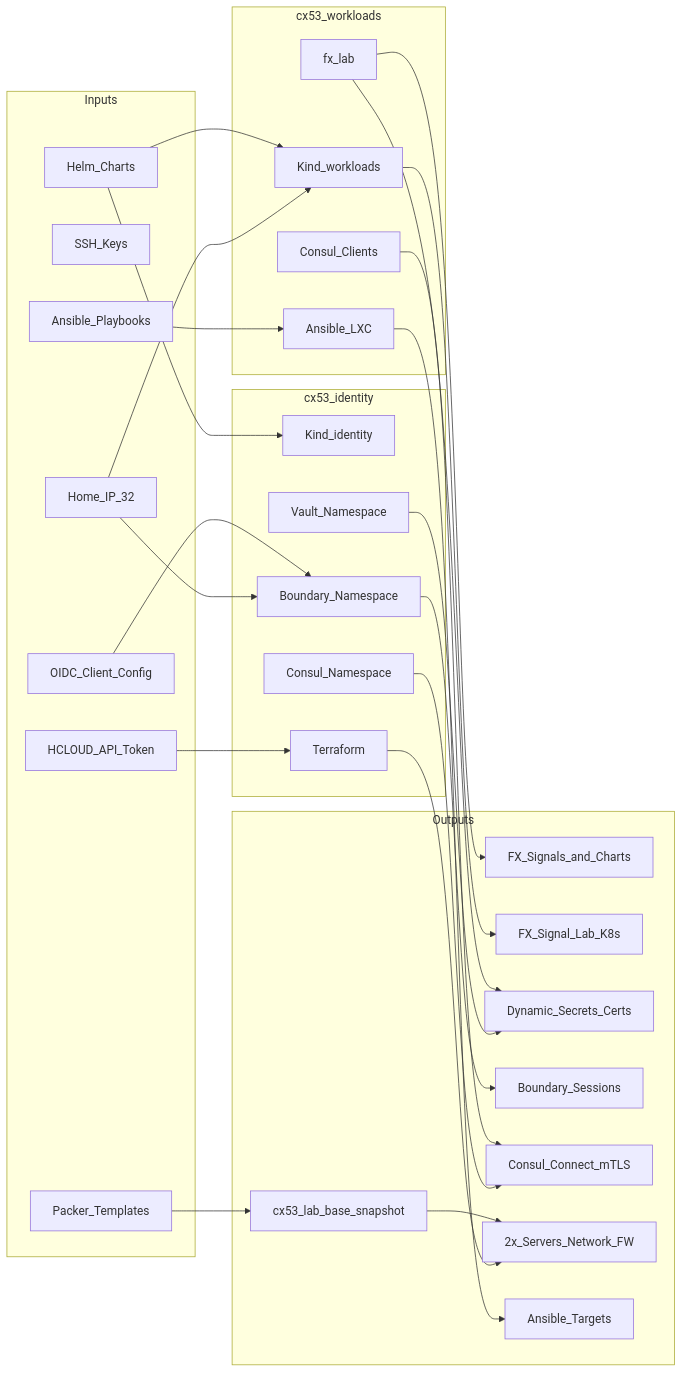
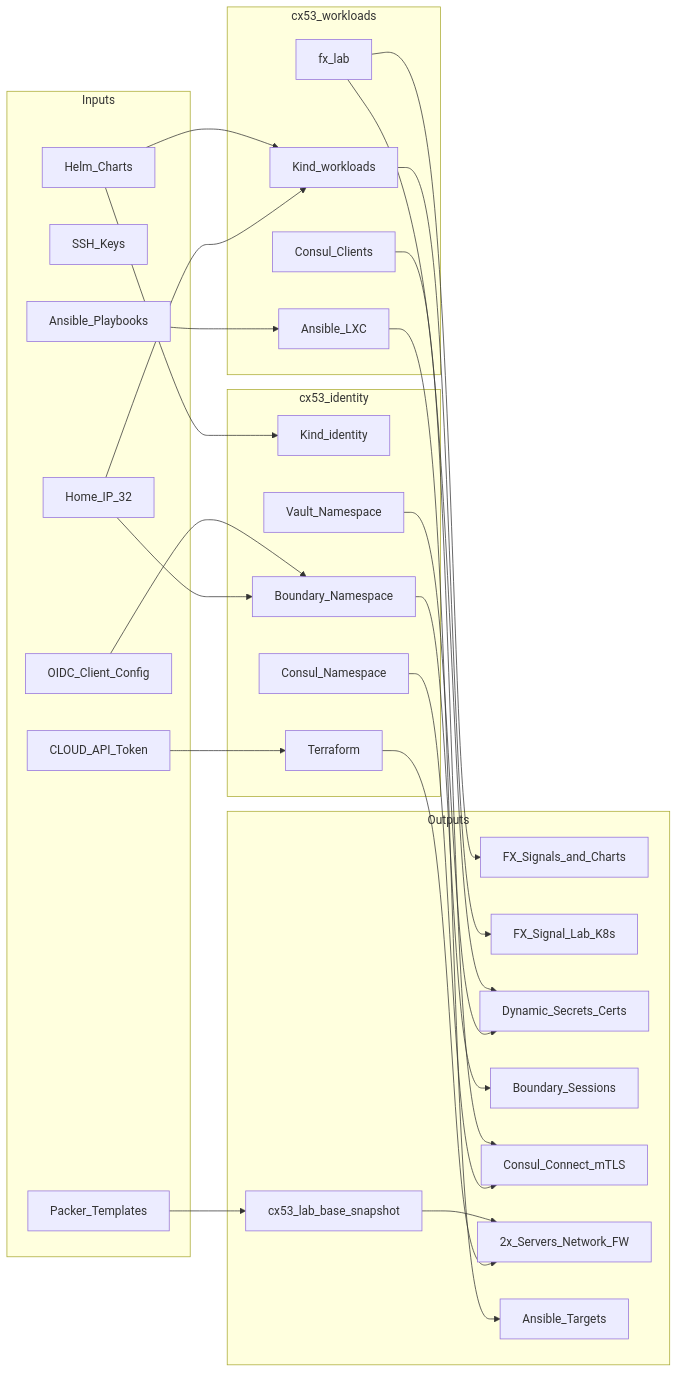
Before and after one commit to sfd-markets/cv: the fifth of 5 diagrams in _portfolio/vps-devops-lab.md, drawn with Mermaid. The commit also changed other lines of this file and 1 other file, not shown here.

Commit message:
remove cloud reference

````diff
--- a/_portfolio/vps-devops-lab.md
+++ b/_portfolio/vps-devops-lab.md
@@ -611,58 +611,58 @@
 ```mermaid
 flowchart LR
   subgraph inputs [Inputs]
     homeIP[Home_IP_32]
     sshKeys[SSH_Keys]
-    hcloudToken[HCLOUD_API_Token]
+    cloudApiToken[CLOUD_API_Token]
     packerTemplates[Packer_Templates]
     helmCharts[Helm_Charts]
     ansiblePlaybooks[Ansible_Playbooks]
     oidcConfig[OIDC_Client_Config]
   end
 
   subgraph identityHub [cx53_identity]
     kindID[Kind_identity]
     vaultNS[Vault_Namespace]
     boundaryNS[Boundary_Namespace]
     consulNS[Consul_Namespace]
     terraformHost[Terraform]
   end
 
   subgraph workloadsHub [cx53_workloads]
     kindWL[Kind_workloads]
     fxLabNS[fx_lab]
     ansibleLXC[Ansible_LXC]
     consulClient[Consul_Clients]
   end
 
   subgraph outputs [Outputs]
     fxSignals[FX_Signals_and_Charts]
     k8sWorkloads[FX_Signal_Lab_K8s]
     vaultSecrets[Dynamic_Secrets_Certs]
     brokeredSessions[Boundary_Sessions]
     serviceMesh[Consul_Connect_mTLS]
     hcloudResources[2x_Servers_Network_FW]
     hcloudSnapshotOut[cx53_lab_base_snapshot]
     configuredHosts[Ansible_Targets]
   end
 
   homeIP --> boundaryNS
   homeIP --> kindWL
-  hcloudToken --> terraformHost
+  cloudApiToken --> terraformHost
   packerTemplates --> hcloudSnapshotOut
   helmCharts --> kindID
   helmCharts --> kindWL
   ansiblePlaybooks --> ansibleLXC
   oidcConfig --> boundaryNS
 
   kindWL --> k8sWorkloads
   fxLabNS --> fxSignals
   vaultNS --> vaultSecrets
   fxLabNS --> vaultSecrets
   boundaryNS --> brokeredSessions
   consulNS --> serviceMesh
   consulClient --> serviceMesh
   terraformHost --> hcloudResources
   hcloudSnapshotOut --> hcloudResources
   ansibleLXC --> configuredHosts
 ```
````
